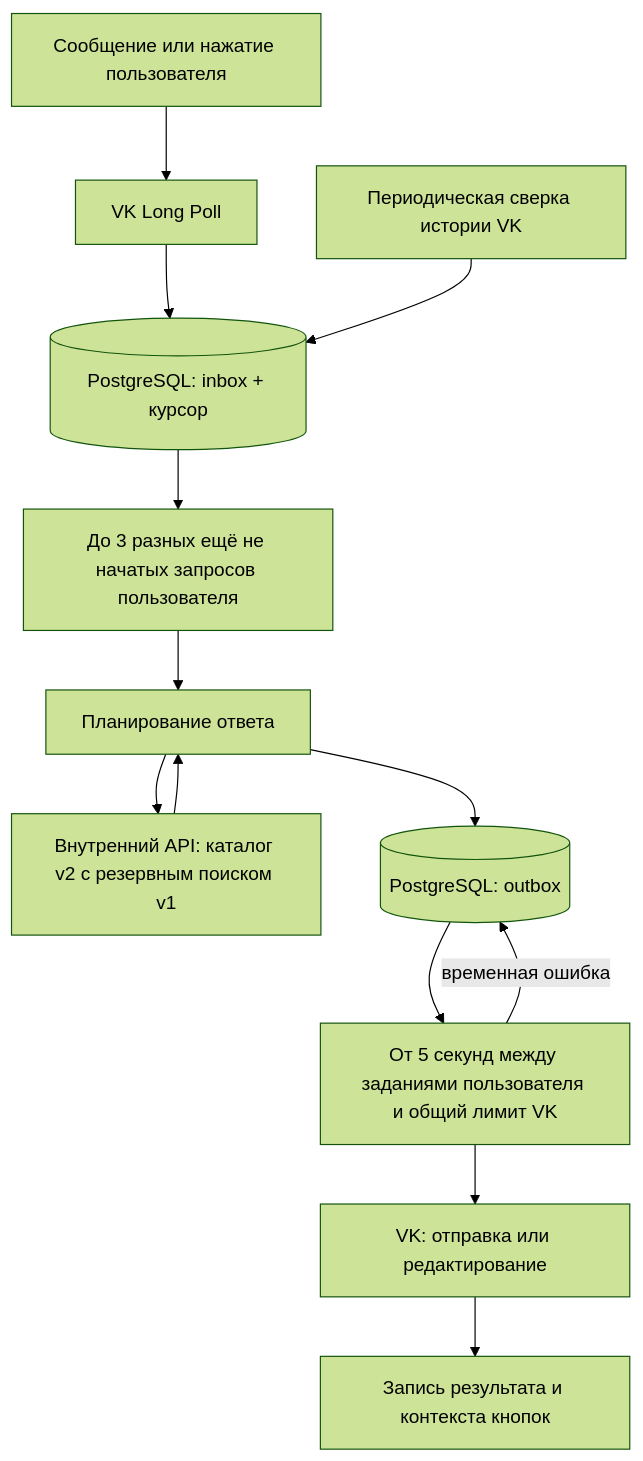
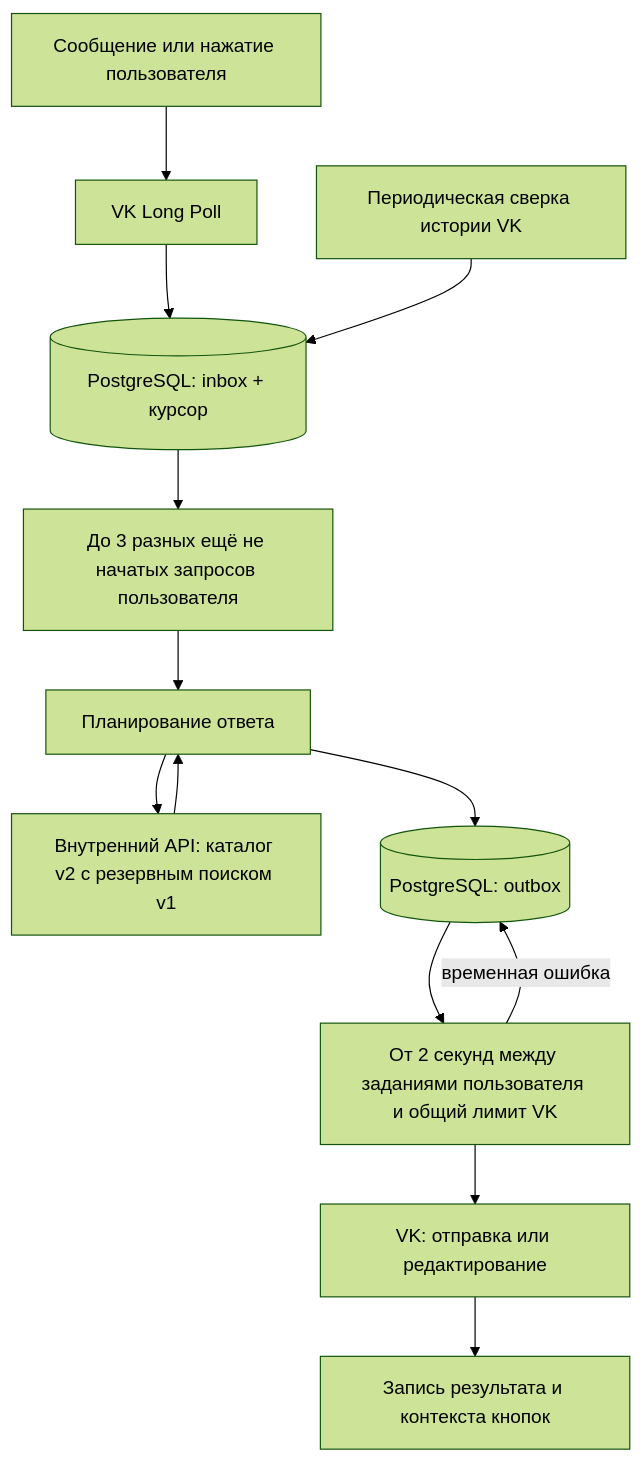
The diagram in docs/message-delivery.md (omkality/domofomka), drawn with Mermaid (forest theme) before and after one commit. The commit also changed other lines of this file and 14 other files, not shown here.

````diff
--- a/docs/message-delivery.md
+++ b/docs/message-delivery.md
@@ -15,15 +15,15 @@
 ```mermaid
 flowchart TD
     U[Сообщение или нажатие пользователя] --> V[VK Long Poll]
     V --> I[(PostgreSQL: inbox + курсор)]
     H[Периодическая сверка истории VK] --> I
     I --> L[До 3 разных ещё не начатых запросов пользователя]
     L --> P[Планирование ответа]
     P --> A[Внутренний API: каталог v2 с резервным поиском v1]
     A --> P
     P --> O[(PostgreSQL: outbox)]
-    O --> W[От 5 секунд между заданиями пользователя и общий лимит VK]
+    O --> W[От 2 секунд между заданиями пользователя и общий лимит VK]
     W --> S[VK: отправка или редактирование]
     S --> R[Запись результата и контекста кнопок]
     W -->|временная ошибка| O
 ```
````
